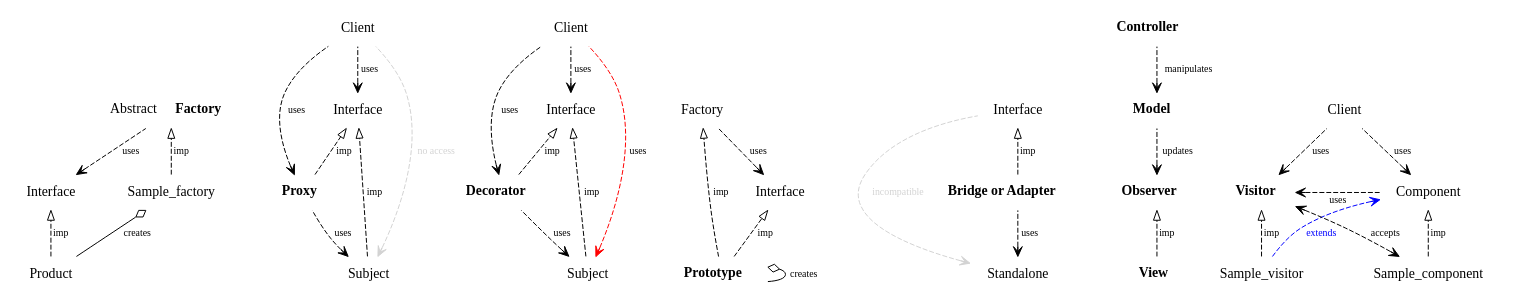
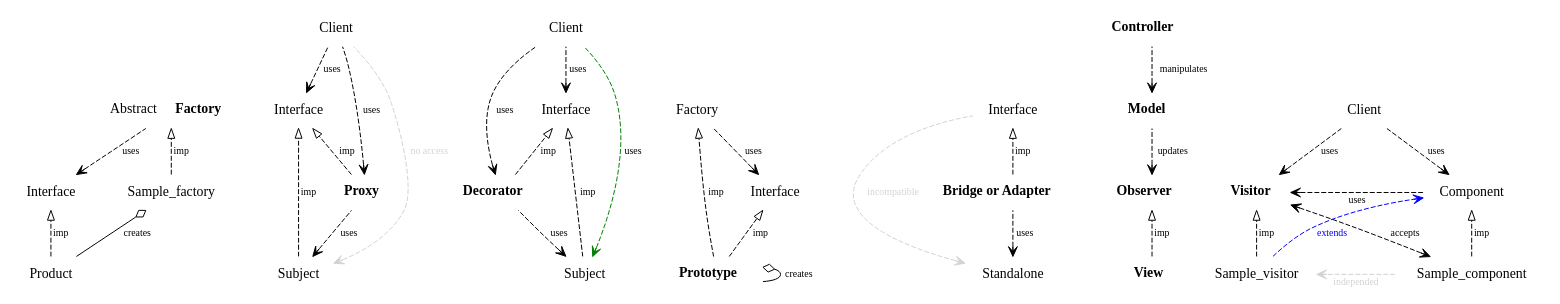
Before and after one commit to makelinux/examples: the diagram in cpp/patterns.dot, drawn with Graphviz.

```diff
--- a/cpp/patterns.dot
+++ b/cpp/patterns.dot
@@ -1,73 +1,74 @@
 digraph G {
 	rankdir="BT"
 	node [shape=plaintext];
 	edge [fontsize=10 _fontcolor=darkgray]
 	// Inheritance
 	edge [label=inh arrowhead=onormal];
 
 	// Implementation
 	edge [label=imp weight=1000 arrowhead=onormal style=dashed];
 	Product -> Interface;
 	Factory [label=<Abstract <b>Factory</b>>]
 	Sample_factory -> Factory;
 	Proxy [label=<<b>Proxy</b>>]
 	{ Subject Proxy } -> Proxy_interface
 	Decorator [label=<<b>Decorator</b>>]
 	Subject_of_Decorator [label=Subject]
 	{ Decorator Subject_of_Decorator} -> Decorator_interface
 	Proxy_interface [label="Interface"]
 	Decorator_interface [label="Interface"]
 	Factory_of_prototype [label=Factory]
 	Interface_of_prototype [label=Interface]
 	Prototype -> { Factory_of_prototype Interface_of_prototype}
 	Prototype [label=<<b>Prototype</b>>]
 	Bridge_interface [label=Interface]
 	Bridge [label=<<b>Bridge or Adapter</b>>]
 	Bridge -> Bridge_interface
 	Observer [label=<<b>Observer</b>>]
 	View [label=<<b>View</b>>]
 	Model [label=<<b>Model</b>>]
 	Controller [label=<<b>Controller</b>>]
 	View -> Observer
 
 	Visitor [label=<<b>Visitor</b>>]
 	rank = same { Component  Visitor }
 	//Component [rank=min]
 	Sample_visitor -> Visitor
 	Sample_component -> Component
 
 	// Aggregation
 	edge [label=agg weight=1 arrowtail=odiamond dir=back style=""]
 
 	edge [label=creates dir="" arrowhead=odiamond]
 	Product -> Sample_factory
 	Prototype -> Prototype
 
 	// Dependencies
 	edge [label=uses weight=1 arrowhead=vee style=dashed dir="" ]
 
 	Component -> Visitor [weight=0]
 	Sample_component -> Visitor [label=accepts weight=0 dir=both arrowtail=vee _constraint=false]
 	Sample_visitor -> Component [label=extends color=blue fontcolor=blue]
 	//{Sample_visitor Sample_component } -> Client_of_Visitor [style=invis]
 	edge [label=uses weight=1 dir=back arrowtail=vee ]
 	Client_of_Decorator [label=Client]
 	Subject_of_Decorator -> Decorator -> Client_of_Decorator
 	Decorator_interface -> Client_of_Decorator
-	{ Subject_of_Decorator } -> Client_of_Decorator [color=red]
+	{ Subject_of_Decorator } -> Client_of_Decorator [color=green]
 	Client_of_Visitor [label=Client]
 	{ Visitor Component  } -> Client_of_Visitor
 
 	Subject -> Proxy
 	Client_of_Proxy [label=Client]
 	Proxy -> Client_of_Proxy
 	Proxy_interface -> Client_of_Proxy
 	Model -> Controller [label=manipulates]
 	Interface -> Factory
 	Interface_of_prototype -> Factory_of_prototype
 	Standalone -> Bridge
 	Observer -> Model [label=updates]
-	edge [color=lightgray fontcolor=lightgray xweight=0  _constraint=false]
+	edge [color=lightgray fontcolor=lightgray xweight=0  constraint=false]
 	Subject -> Client_of_Proxy [label="no access"]
 	Standalone -> Bridge_interface [label="incompatible" constraint=false]
+	Sample_component -> Sample_visitor [label="independed" dir="" ]
 }
```
